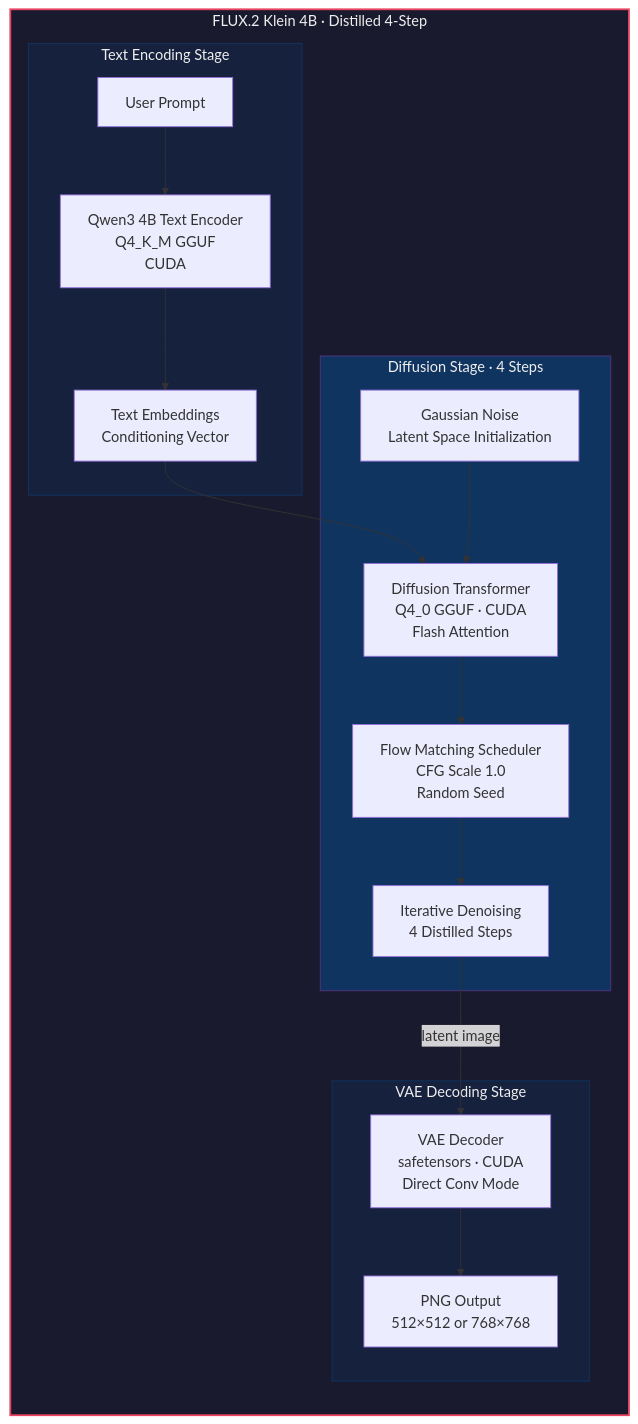
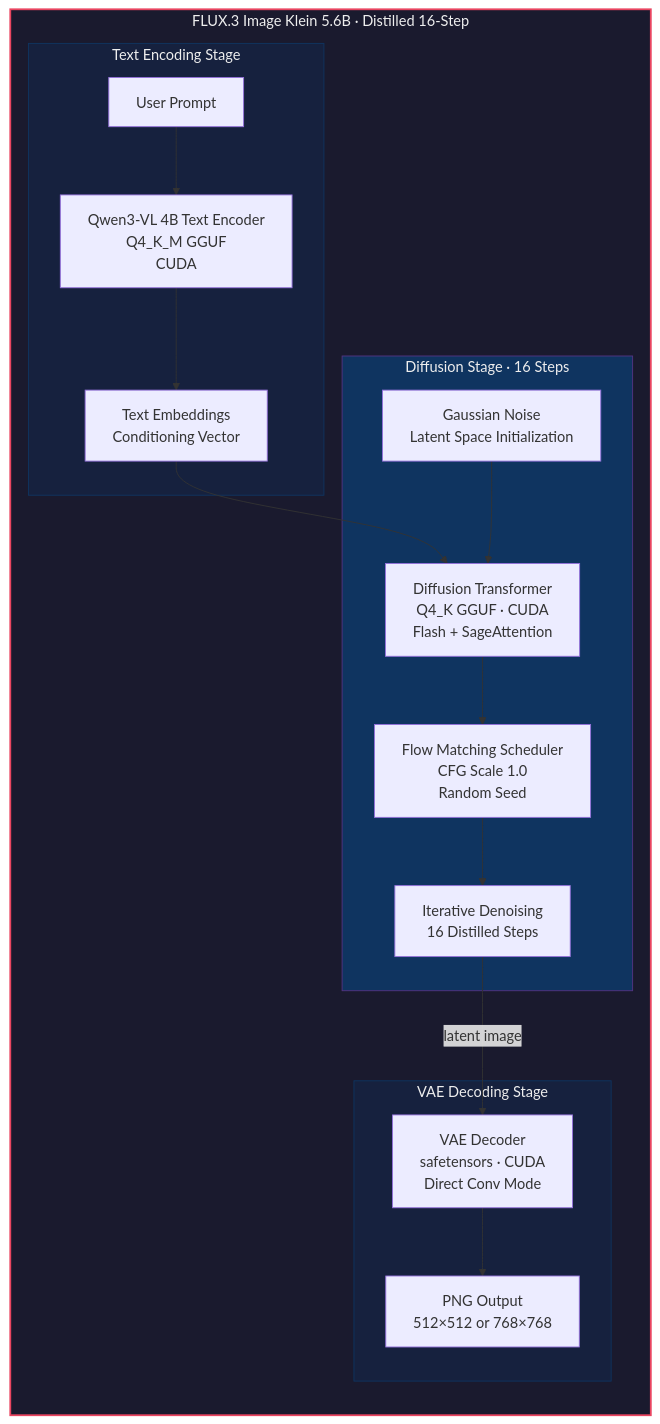
One commit to nakultt/MoE changed the fifth of 9 diagrams in README.md. Above: the diagram before and after it, drawn with Mermaid. The commit also changed other lines of this file and 37 other files, not shown here.

First line of the commit message:
Add Inkling 2 Mini and FLUX.3 Image Klein, upgrade runtimes

````diff
--- a/README.md
+++ b/README.md
@@ -1281,38 +1329,38 @@
 ```mermaid
 graph TB
-    subgraph FLUXModel["FLUX.2 Klein 4B · Distilled 4-Step"]
+    subgraph FLUXModel["FLUX.3 Image Klein 5.6B · Distilled 16-Step"]
         direction TB
 
         subgraph TextEncoding["Text Encoding Stage"]
             PROMPT["User Prompt"]
-            QWEN["Qwen3 4B Text Encoder<br/>Q4_K_M GGUF<br/>CUDA"]
+            QWEN["Qwen3-VL 4B Text Encoder<br/>Q4_K_M GGUF<br/>CUDA"]
             CLIP["Text Embeddings<br/>Conditioning Vector"]
         end
 
-        subgraph DiffusionStage["Diffusion Stage · 4 Steps"]
+        subgraph DiffusionStage["Diffusion Stage · 16 Steps"]
             NOISE["Gaussian Noise<br/>Latent Space Initialization"]
-            DIT["Diffusion Transformer<br/>Q4_0 GGUF · CUDA<br/>Flash Attention"]
+            DIT["Diffusion Transformer<br/>Q4_K GGUF · CUDA<br/>Flash + SageAttention"]
             SCHED["Flow Matching Scheduler<br/>CFG Scale 1.0<br/>Random Seed"]
-            DENOISE["Iterative Denoising<br/>4 Distilled Steps"]
+            DENOISE["Iterative Denoising<br/>16 Distilled Steps"]
         end
 
         subgraph Decoding["VAE Decoding Stage"]
             VAE["VAE Decoder<br/>safetensors · CUDA<br/>Direct Conv Mode"]
             PNG["PNG Output<br/>512×512 or 768×768"]
         end
 
         PROMPT --> QWEN
         QWEN --> CLIP
         CLIP --> DIT
         NOISE --> DIT
         DIT --> SCHED
         SCHED --> DENOISE
         DENOISE -->|"latent image"| VAE
         VAE --> PNG
     end
 
     style FLUXModel fill:#1a1a2e,stroke:#e94560,stroke-width:2px,color:#eee
     style TextEncoding fill:#16213e,stroke:#0f3460,stroke-width:1px,color:#eee
     style DiffusionStage fill:#0f3460,stroke:#533483,stroke-width:1px,color:#eee
     style Decoding fill:#16213e,stroke:#0f3460,stroke-width:1px,color:#eee
 ```
````
